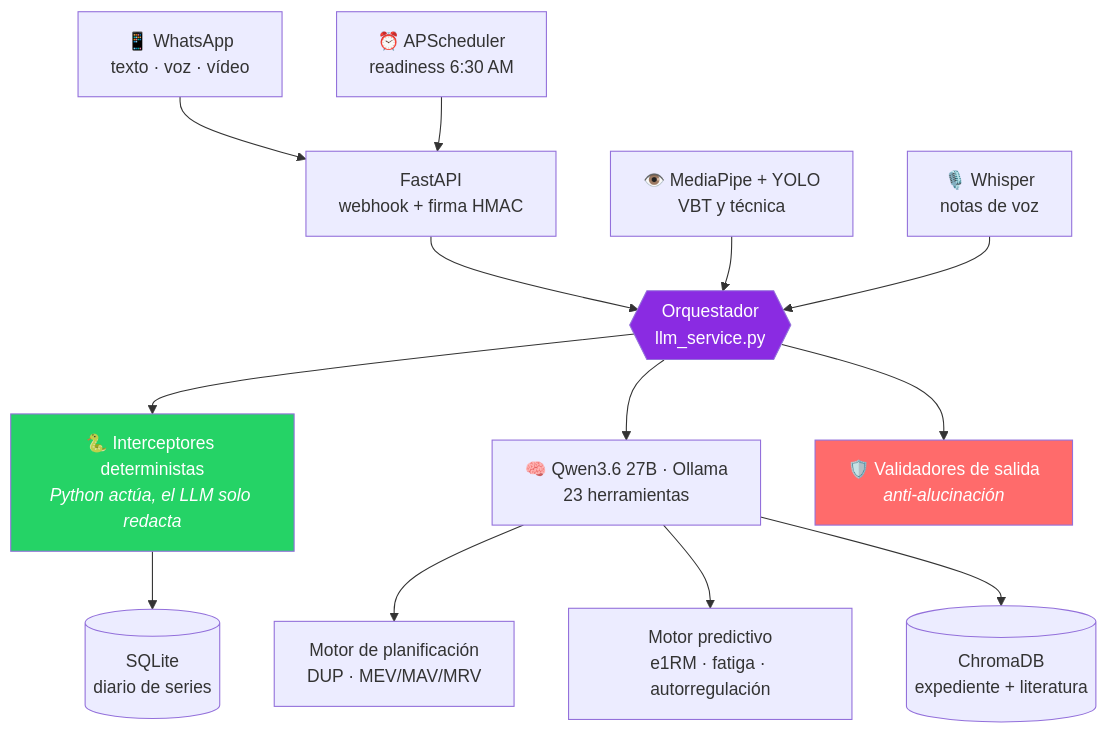
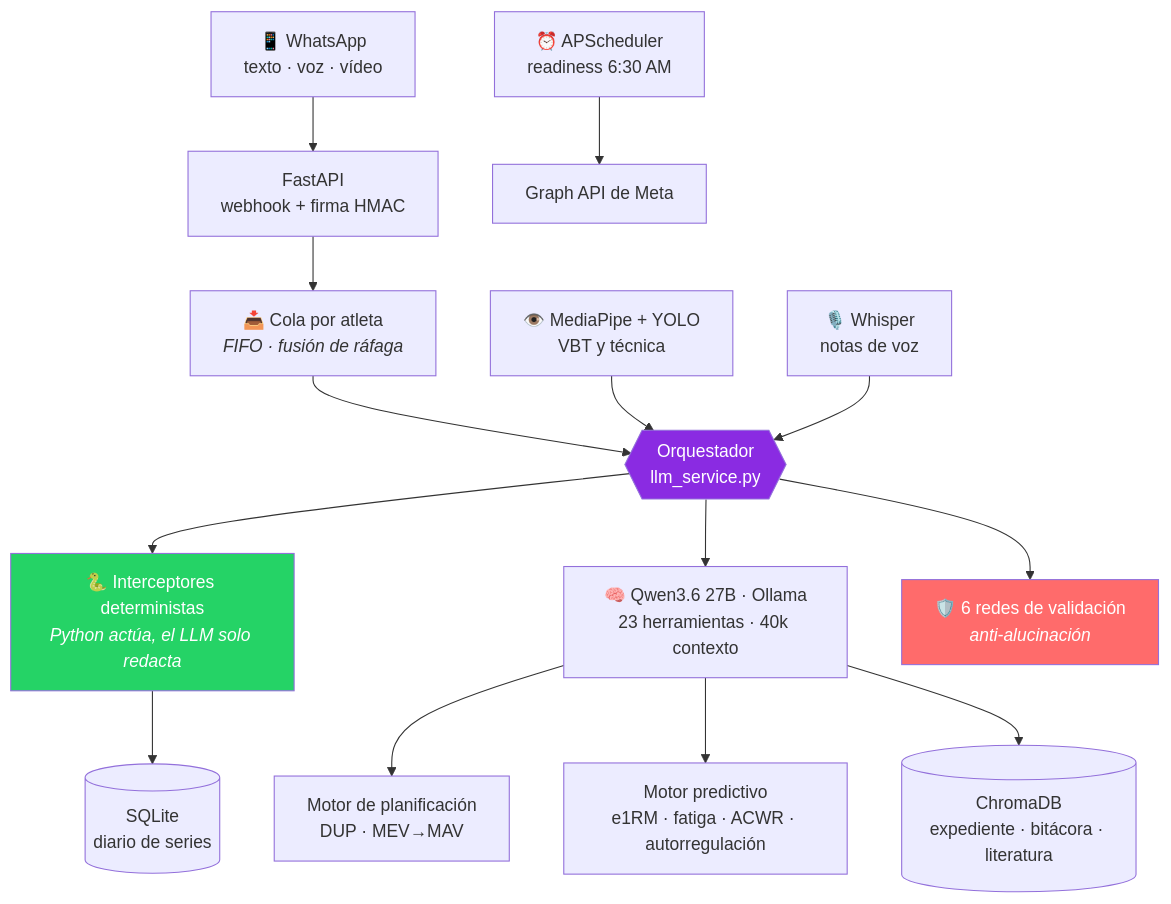
The diagram in README.md (AbiWorkspace/Agente-Iron-Progress), drawn with Mermaid before and after one commit. The commit also changed other lines of this file and 7 other files, not shown here.

````diff
--- a/README.md
+++ b/README.md
@@ -72,22 +73,23 @@
 ```mermaid
 flowchart TB
     A["📱 WhatsApp<br/>texto · voz · vídeo"] --> B["FastAPI<br/>webhook + firma HMAC"]
-    B --> C{{"Orquestador<br/>llm_service.py"}}
+    B --> Q["📥 Cola por atleta<br/><i>FIFO · fusión de ráfaga</i>"]
+    Q --> C{{"Orquestador<br/>llm_service.py"}}
 
     C --> D["🐍 Interceptores deterministas<br/><i>Python actúa, el LLM solo redacta</i>"]
-    C --> E["🧠 Qwen3.6 27B · Ollama<br/>23 herramientas"]
-    C --> F["🛡️ Validadores de salida<br/><i>anti-alucinación</i>"]
+    C --> E["🧠 Qwen3.6 27B · Ollama<br/>23 herramientas · 40k contexto"]
+    C --> F["🛡️ 6 redes de validación<br/><i>anti-alucinación</i>"]
 
     D --> G[("SQLite<br/>diario de series")]
-    E --> H["Motor de planificación<br/>DUP · MEV/MAV/MRV"]
-    E --> I["Motor predictivo<br/>e1RM · fatiga · autorregulación"]
-    E --> J[("ChromaDB<br/>expediente + literatura")]
+    E --> H["Motor de planificación<br/>DUP · MEV→MAV"]
+    E --> I["Motor predictivo<br/>e1RM · fatiga · ACWR · autorregulación"]
+    E --> J[("ChromaDB<br/>expediente · bitácora · literatura")]
 
-    K["⏰ APScheduler<br/>readiness 6:30 AM"] --> B
+    K["⏰ APScheduler<br/>readiness 6:30 AM"] --> N["Graph API de Meta"]
     L["👁️ MediaPipe + YOLO<br/>VBT y técnica"] --> C
     M["🎙️ Whisper<br/>notas de voz"] --> C
 
     style C fill:#8A2BE2,color:#fff
     style F fill:#FF6B6B,color:#fff
     style D fill:#25D366,color:#fff
 ```
````
